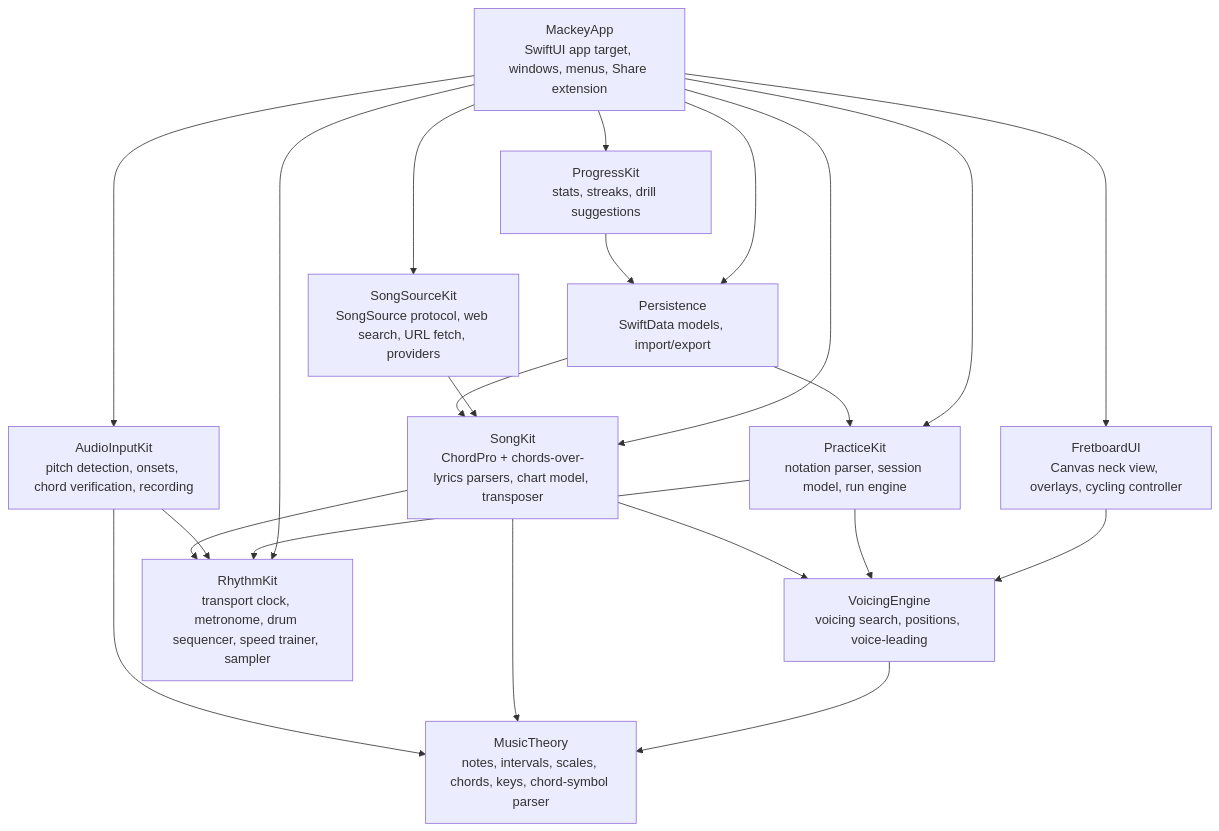
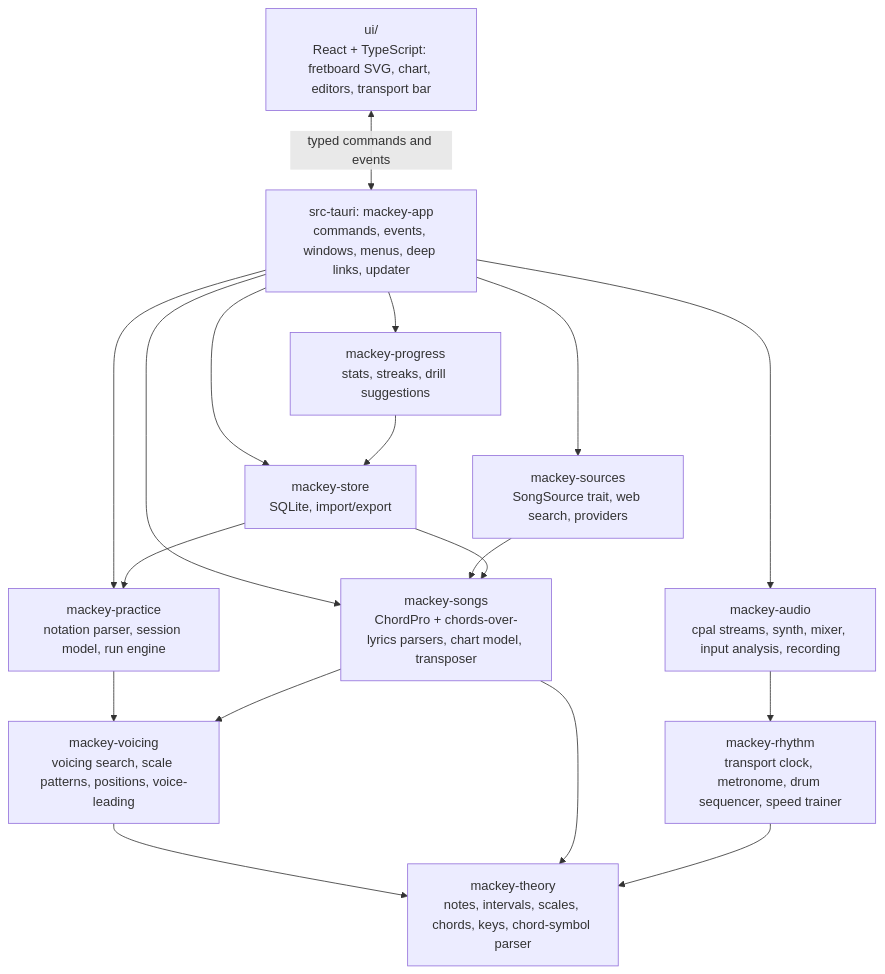
Before and after one commit to stainedhead/mackey-guitar-tutor: the first of 3 diagrams in docs/architecture.md, drawn with Mermaid. The commit also changed other lines of this file and 15 other files, not shown here.

````diff
--- a/docs/architecture.md
+++ b/docs/architecture.md
@@ -20,28 +23,24 @@
 ```mermaid
 flowchart TD
-    App[MackeyApp<br/>SwiftUI app target, windows, menus, Share extension]
-    FBUI[FretboardUI<br/>Canvas neck view, overlays, cycling controller]
-    Practice[PracticeKit<br/>notation parser, session model, run engine]
-    Songs[SongKit<br/>ChordPro + chords-over-lyrics parsers, chart model, transposer]
-    Voicing[VoicingEngine<br/>voicing search, positions, voice-leading]
-    Theory[MusicTheory<br/>notes, intervals, scales, chords, keys, chord-symbol parser]
-    Audio[RhythmKit<br/>transport clock, metronome, drum sequencer, speed trainer, sampler]
-    Store[Persistence<br/>SwiftData models, import/export]
-    Input[AudioInputKit<br/>pitch detection, onsets, chord verification, recording]
-    Progress[ProgressKit<br/>stats, streaks, drill suggestions]
-    Search[SongSourceKit<br/>SongSource protocol, web search, URL fetch, providers]
+    UI[ui/<br/>React + TypeScript: fretboard SVG, chart, editors, transport bar]
+    App[src-tauri: mackey-app<br/>commands, events, windows, menus, deep links, updater]
+    Theory[mackey-theory<br/>notes, intervals, scales, chords, keys, chord-symbol parser]
+    Voicing[mackey-voicing<br/>voicing search, scale patterns, positions, voice-leading]
+    Practice[mackey-practice<br/>notation parser, session model, run engine]
+    Songs[mackey-songs<br/>ChordPro + chords-over-lyrics parsers, chart model, transposer]
+    Rhythm[mackey-rhythm<br/>transport clock, metronome, drum sequencer, speed trainer]
+    Audio[mackey-audio<br/>cpal streams, synth, mixer, input analysis, recording]
+    Progress[mackey-progress<br/>stats, streaks, drill suggestions]
+    Store[mackey-store<br/>SQLite, import/export]
+    Sources[mackey-sources<br/>SongSource trait, web search, providers]
 
-    App --> FBUI & Practice & Songs & Store & Search & Audio
-    FBUI --> Voicing --> Theory
+    UI <-->|typed commands and events| App
+    App --> Practice & Songs & Store & Sources & Audio & Progress
+    Voicing --> Theory
     Practice --> Voicing
-    Songs --> Theory
-    Songs --> Voicing
-    Search --> Songs
-    Practice --> Audio
-    App --> Input & Progress
-    Input --> Theory
-    Input --> Audio
+    Songs --> Theory & Voicing
+    Sources --> Songs
+    Audio --> Rhythm --> Theory
     Progress --> Store
-    Songs --> Audio
     Store --> Practice & Songs
 ```
````
